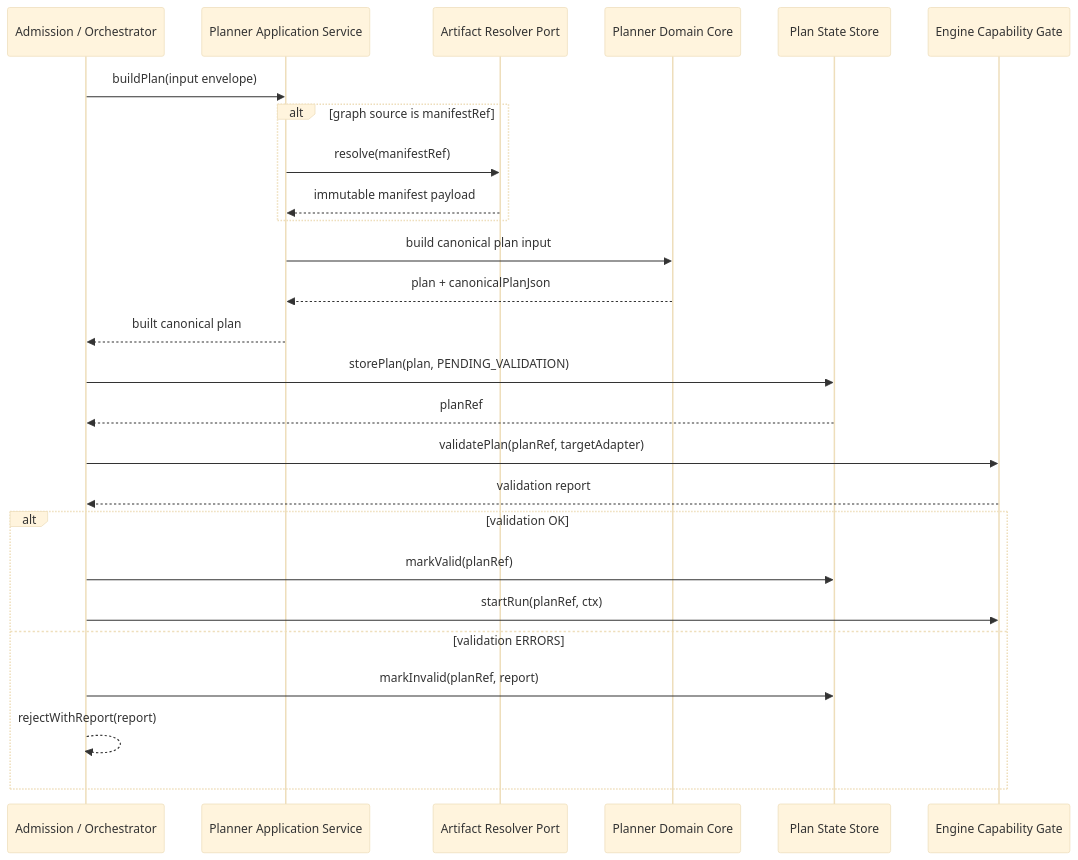
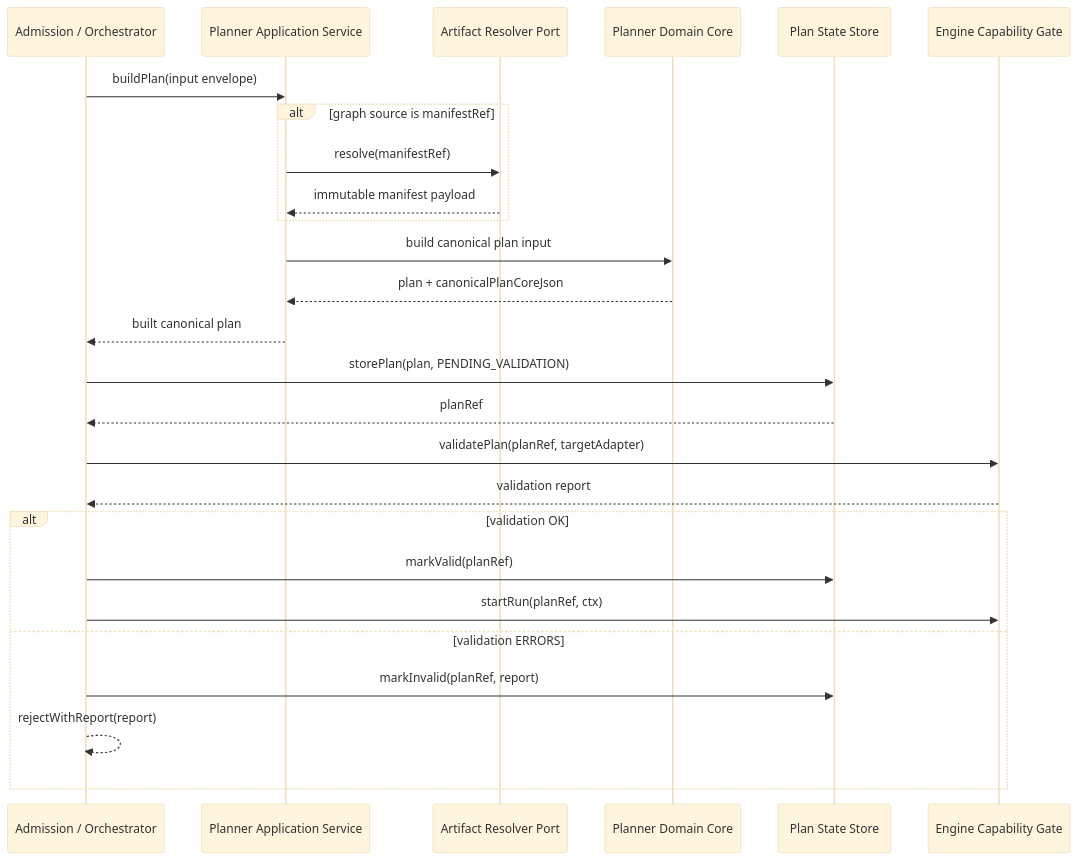
Before and after one commit to dunay2/dvt: the third of 3 diagrams in packages/@dvt/planner/docs/planning/Stage-1.1-Planner-Canonicalization.md, drawn with Mermaid (base theme). The commit also changed other lines of this file and 31 other files, not shown here.

Commit message:
refactor(contracts): Separate plan-core JSON from persisted plan JSON

````diff
--- a/packages/@dvt/planner/docs/planning/Stage-1.1-Planner-Canonicalization.md
+++ b/packages/@dvt/planner/docs/planning/Stage-1.1-Planner-Canonicalization.md
@@ -204,29 +204,29 @@
 ```mermaid
 sequenceDiagram
     participant Caller as Admission / Orchestrator
     participant App as Planner Application Service
     participant Resolver as Artifact Resolver Port
     participant Core as Planner Domain Core
     participant Store as Plan State Store
     participant Engine as Engine Capability Gate
 
     Caller->>App: buildPlan(input envelope)
     alt graph source is manifestRef
         App->>Resolver: resolve(manifestRef)
         Resolver-->>App: immutable manifest payload
     end
     App->>Core: build canonical plan input
-    Core-->>App: plan + canonicalPlanJson
+    Core-->>App: plan + canonicalPlanCoreJson
     App-->>Caller: built canonical plan
     Caller->>Store: storePlan(plan, PENDING_VALIDATION)
     Store-->>Caller: planRef
     Caller->>Engine: validatePlan(planRef, targetAdapter)
     Engine-->>Caller: validation report
     alt validation OK
         Caller->>Store: markValid(planRef)
         Caller->>Engine: startRun(planRef, ctx)
     else validation ERRORS
         Caller->>Store: markInvalid(planRef, report)
         Caller-->>Caller: rejectWithReport(report)
     end
 ```
````
